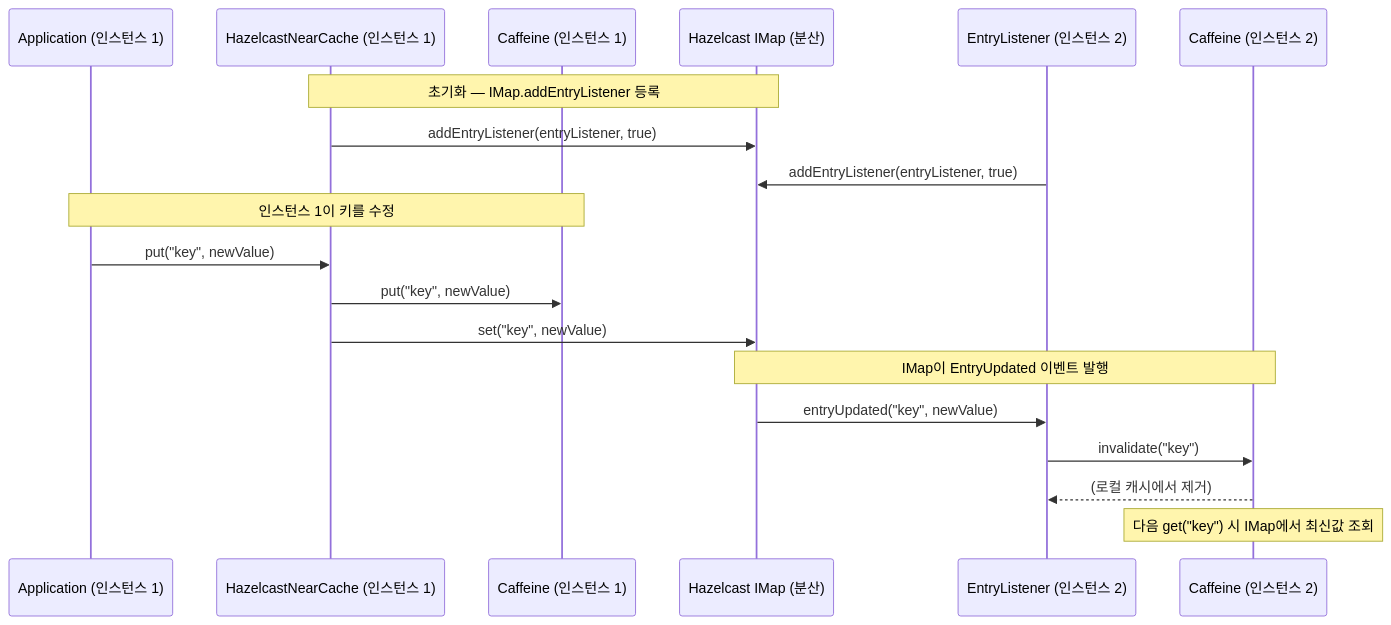
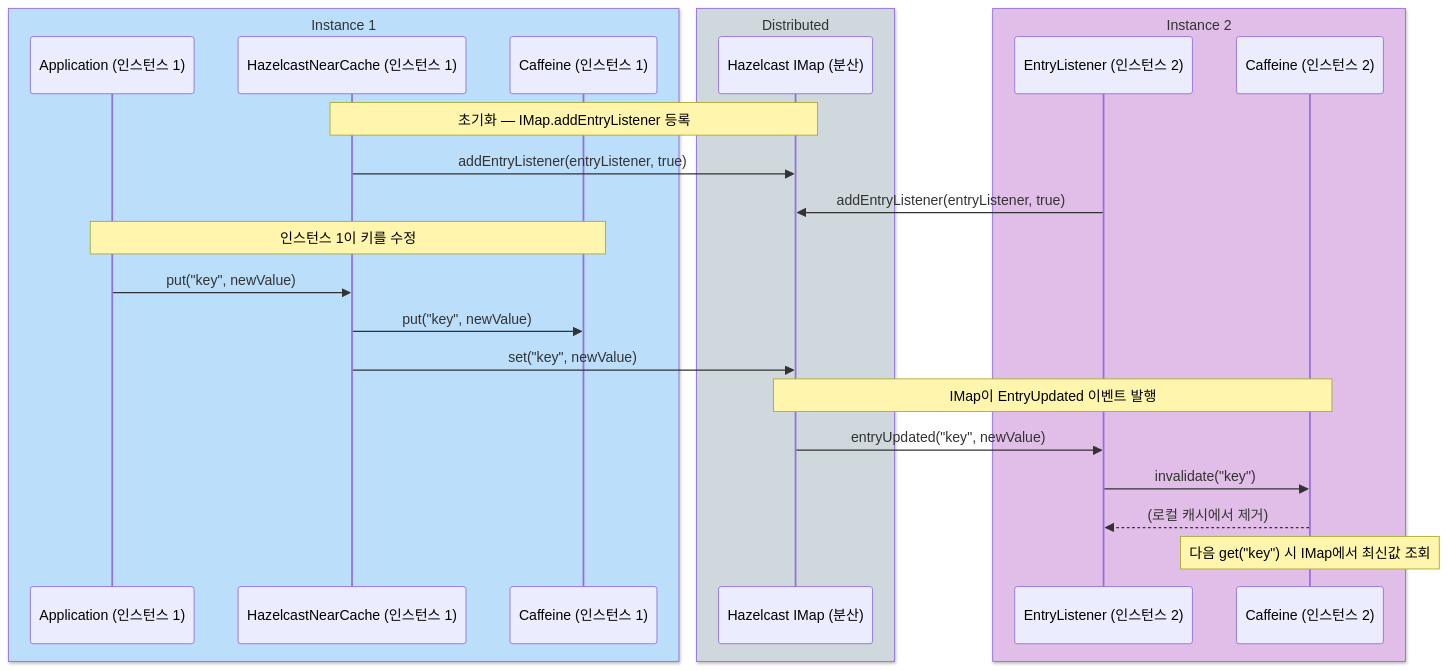
The third of 3 diagrams in infra/cache-hazelcast/README.ko.md (bluetape4k/bluetape4k-projects), drawn with Mermaid before and after one commit. The commit also changed other lines of this file and 221 other files, not shown here.

First line of the commit message:
docs: 전체 모듈 README UML 다이어그램 보강 및 색상 업그레이드

````diff
--- a/infra/cache-hazelcast/README.ko.md
+++ b/infra/cache-hazelcast/README.ko.md
@@ -244,21 +259,27 @@
 ```mermaid
 sequenceDiagram
+    box rgb(187,222,251) Instance 1
     participant App1 as Application (인스턴스 1)
     participant NC1 as HazelcastNearCache (인스턴스 1)
     participant Front1 as Caffeine (인스턴스 1)
+    end
+    box rgb(207,216,220) Distributed
     participant IMap as Hazelcast IMap (분산)
+    end
+    box rgb(225,190,231) Instance 2
     participant Listener2 as EntryListener (인스턴스 2)
     participant Front2 as Caffeine (인스턴스 2)
+    end
     Note over NC1, IMap: 초기화 — IMap.addEntryListener 등록
     NC1 ->> IMap: addEntryListener(entryListener, true)
     Listener2 ->> IMap: addEntryListener(entryListener, true)
     Note over App1, Front1: 인스턴스 1이 키를 수정
     App1 ->> NC1: put("key", newValue)
     NC1 ->> Front1: put("key", newValue)
     NC1 ->> IMap: set("key", newValue)
     Note over IMap, Front2: IMap이 EntryUpdated 이벤트 발행
     IMap ->> Listener2: entryUpdated("key", newValue)
     Listener2 ->> Front2: invalidate("key")
     Front2 -->> Listener2: (로컬 캐시에서 제거)
     Note over Front2: 다음 get("key") 시 IMap에서 최신값 조회
 ```
````
